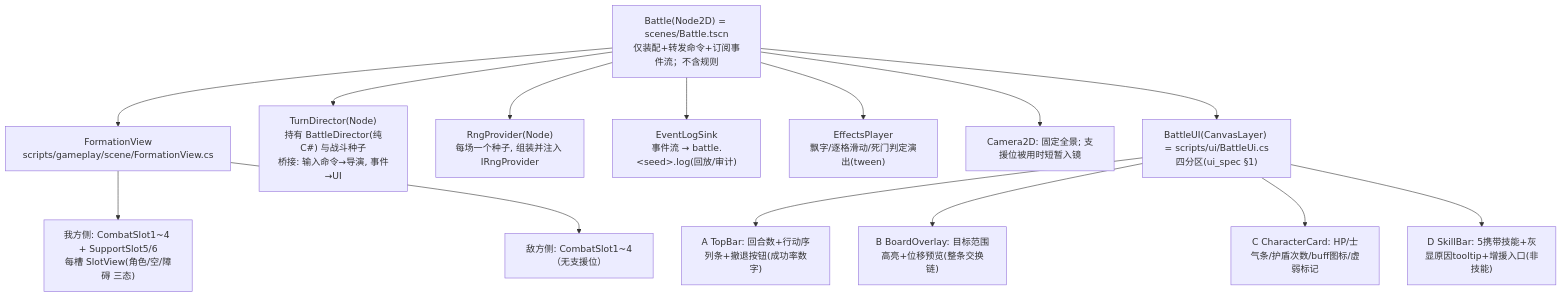
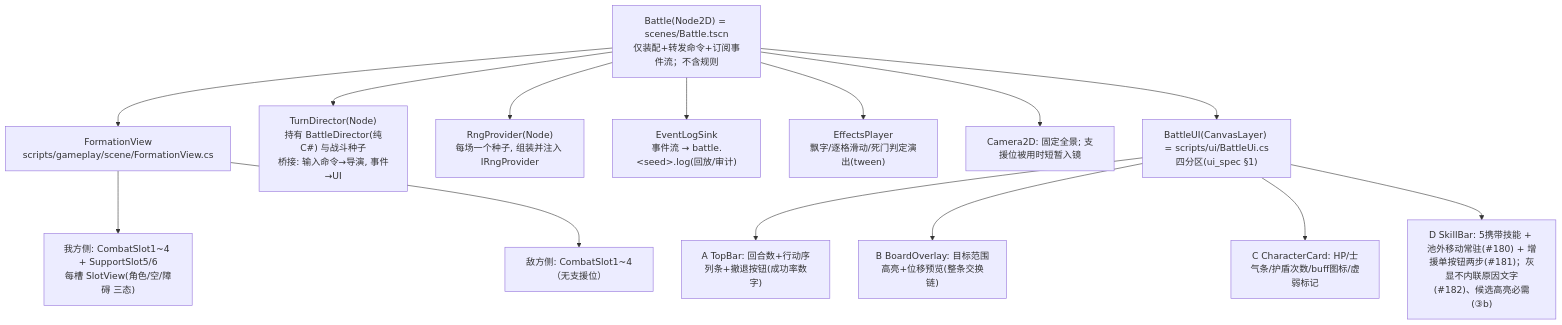
Before and after one commit to Lazist-09/Darkest: the fourth of 4 diagrams in doc/architecture/blueprint.md, drawn with Mermaid. The commit also changed other lines of this file and 30 other files, not shown here.

````diff
--- a/doc/architecture/blueprint.md
+++ b/doc/architecture/blueprint.md
@@ -331,17 +331,17 @@
 ```mermaid
 flowchart TD
     Battle["Battle(Node2D) = scenes/Battle.tscn<br/>仅装配+转发命令+订阅事件流；不含规则"]
     Battle --> Formation["FormationView<br/>scripts/gameplay/scene/FormationView.cs"]
     Formation --> PlayerSide["我方侧: CombatSlot1~4 + SupportSlot5/6<br/>每槽 SlotView(角色/空/障碍 三态)"]
     Formation --> EnemySide["敌方侧: CombatSlot1~4（无支援位）"]
     Battle --> TurnDirector["TurnDirector(Node)<br/>持有 BattleDirector(纯C#) 与战斗种子<br/>桥接: 输入命令→导演, 事件→UI"]
     Battle --> RngProvider["RngProvider(Node)<br/>每场一个种子, 组装并注入 IRngProvider"]
     Battle --> EventLog["EventLogSink<br/>事件流 → battle.&lt;seed&gt;.log(回放/审计)"]
     Battle --> Effects["EffectsPlayer<br/>飘字/逐格滑动/死门判定演出(tween)"]
     Battle --> Camera2D["Camera2D: 固定全景; 支援位被用时短暂入镜"]
     Battle --> BattleUI["BattleUI(CanvasLayer) = scripts/ui/BattleUi.cs<br/>四分区(ui_spec §1)"]
     BattleUI --> TopBar["A TopBar: 回合数+行动序列条+撤退按钮(成功率数字)"]
     BattleUI --> Overlay["B BoardOverlay: 目标范围高亮+位移预览(整条交换链)"]
     BattleUI --> Card["C CharacterCard: HP/士气条/护盾次数/buff图标/虚弱标记"]
-    BattleUI --> SkillBar["D SkillBar: 5携带技能+灰显原因tooltip+增援入口(非技能)"]
+    BattleUI --> SkillBar["D SkillBar: 5携带技能 + 池外移动常驻(#180) + 增援单按钮两步(#181)；灰显不内联原因文字(#182)、候选高亮必需(③b)"]
 ```
````
